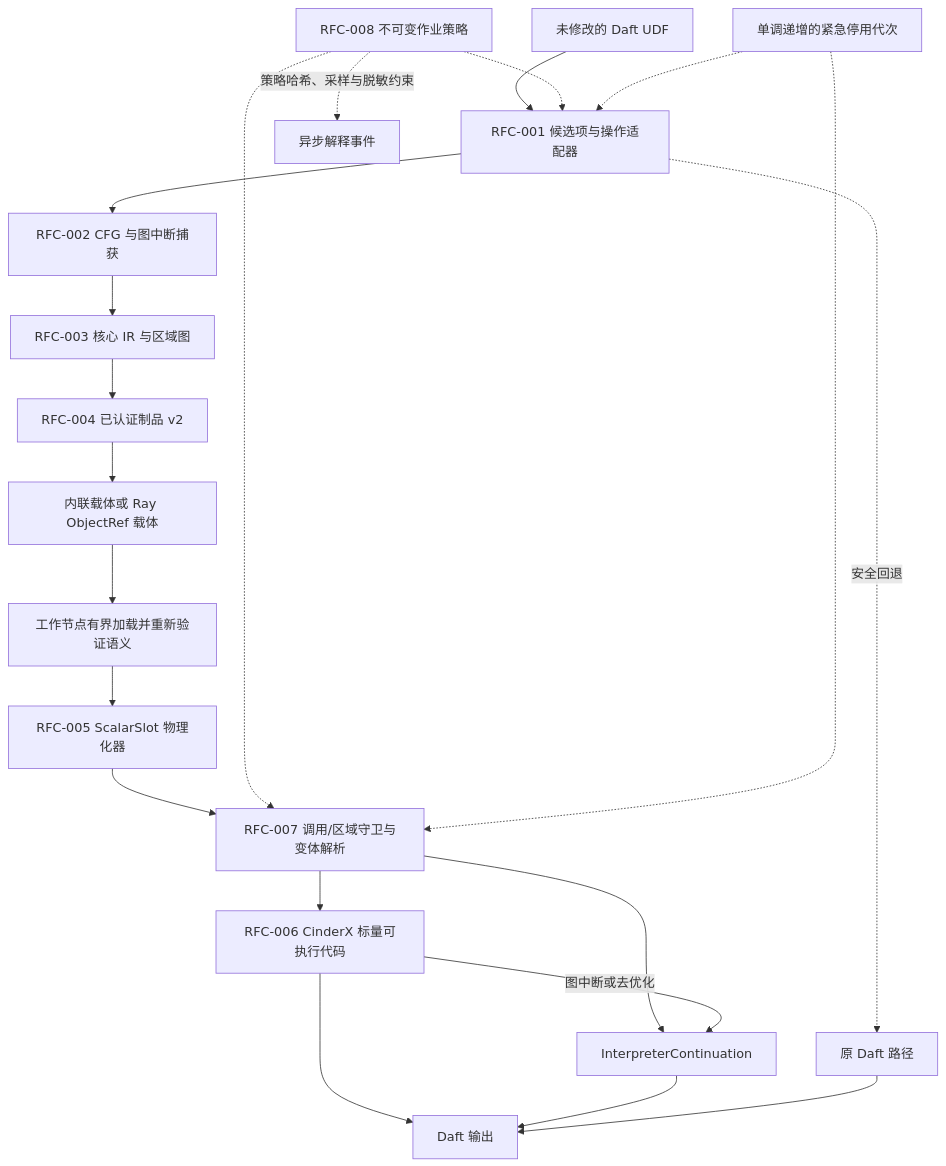
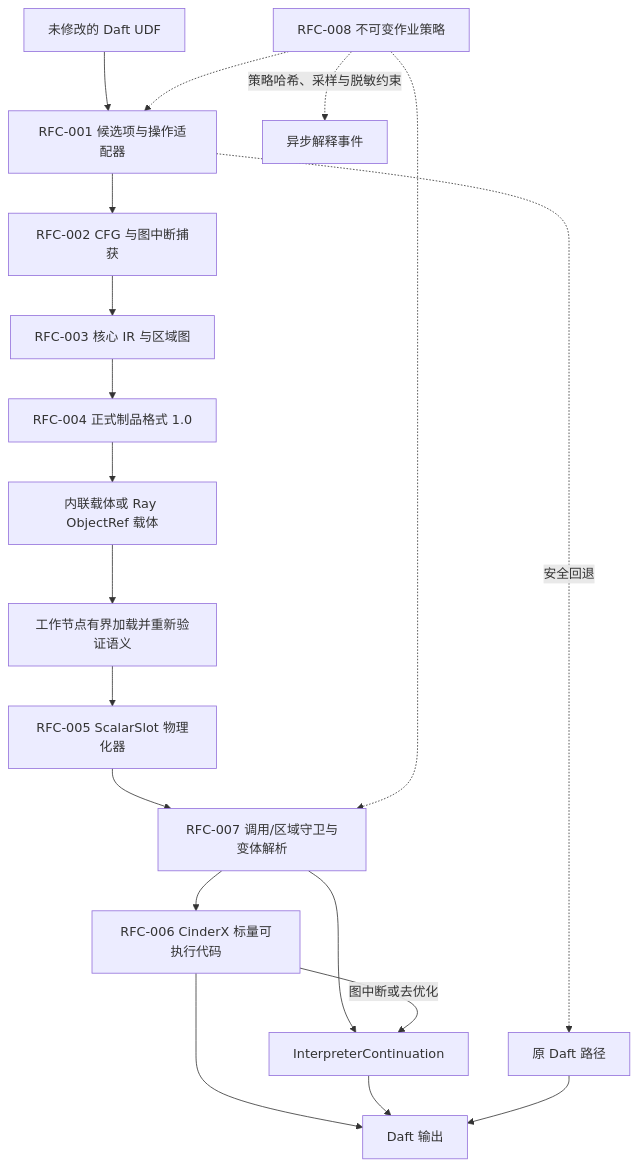
The first of 4 diagrams in docs/plans/2026-07-26-001-feat-mainline-production-completion-plan.md (213start/python-udf-jit), drawn with Mermaid before and after one commit. The commit also changed other lines of this file and 2 other files, not shown here.

````diff
--- a/docs/plans/2026-07-26-001-feat-mainline-production-completion-plan.md
+++ b/docs/plans/2026-07-26-001-feat-mainline-production-completion-plan.md
@@ -204,23 +204,21 @@
 ```mermaid
 flowchart TB
   USER["未修改的 Daft UDF"] --> ADAPTER["RFC-001 候选项与操作适配器"]
   ADAPTER --> CAPTURE["RFC-002 CFG 与图中断捕获"]
   CAPTURE --> CORE["RFC-003 核心 IR 与区域图"]
-  CORE --> ART["RFC-004 已认证制品 v2"]
+  CORE --> ART["RFC-004 正式制品格式 1.0"]
   ART --> RAY["内联载体或 Ray ObjectRef 载体"]
   RAY --> LOAD["工作节点有界加载并重新验证语义"]
   LOAD --> PHYS["RFC-005 ScalarSlot 物理化器"]
   PHYS --> RESOLVE["RFC-007 调用/区域守卫与变体解析"]
   RESOLVE --> CINDERX["RFC-006 CinderX 标量可执行代码"]
   RESOLVE --> CONT["InterpreterContinuation"]
   CINDERX -->|"图中断或去优化"| CONT
   CINDERX --> RESULT["Daft 输出"]
   CONT --> RESULT
   ADAPTER -. "安全回退" .-> ORIGINAL["原 Daft 路径"]
   ORIGINAL --> RESULT
   POLICY["RFC-008 不可变作业策略"] -.-> ADAPTER
   POLICY -.-> RESOLVE
-  EMERGENCY["单调递增的紧急停用代次"] -.-> ADAPTER
-  EMERGENCY -.-> RESOLVE
   POLICY -. "策略哈希、采样与脱敏约束" .-> EVENTS["异步解释事件"]
 ```
````
